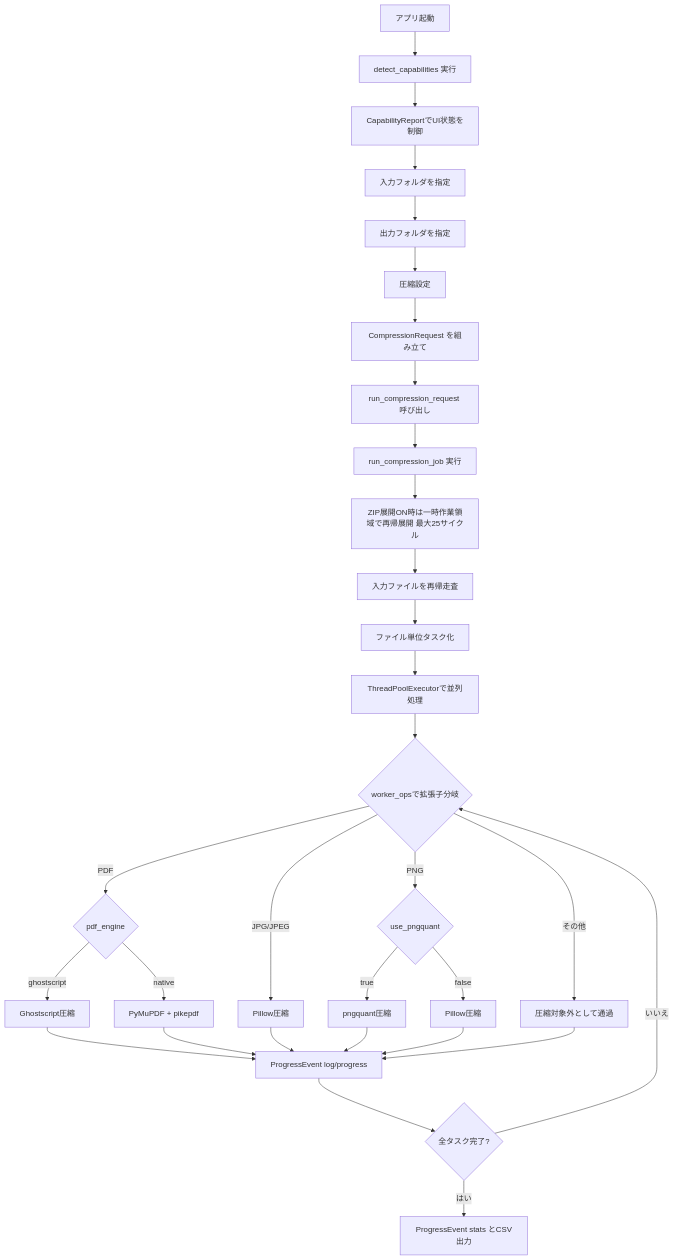
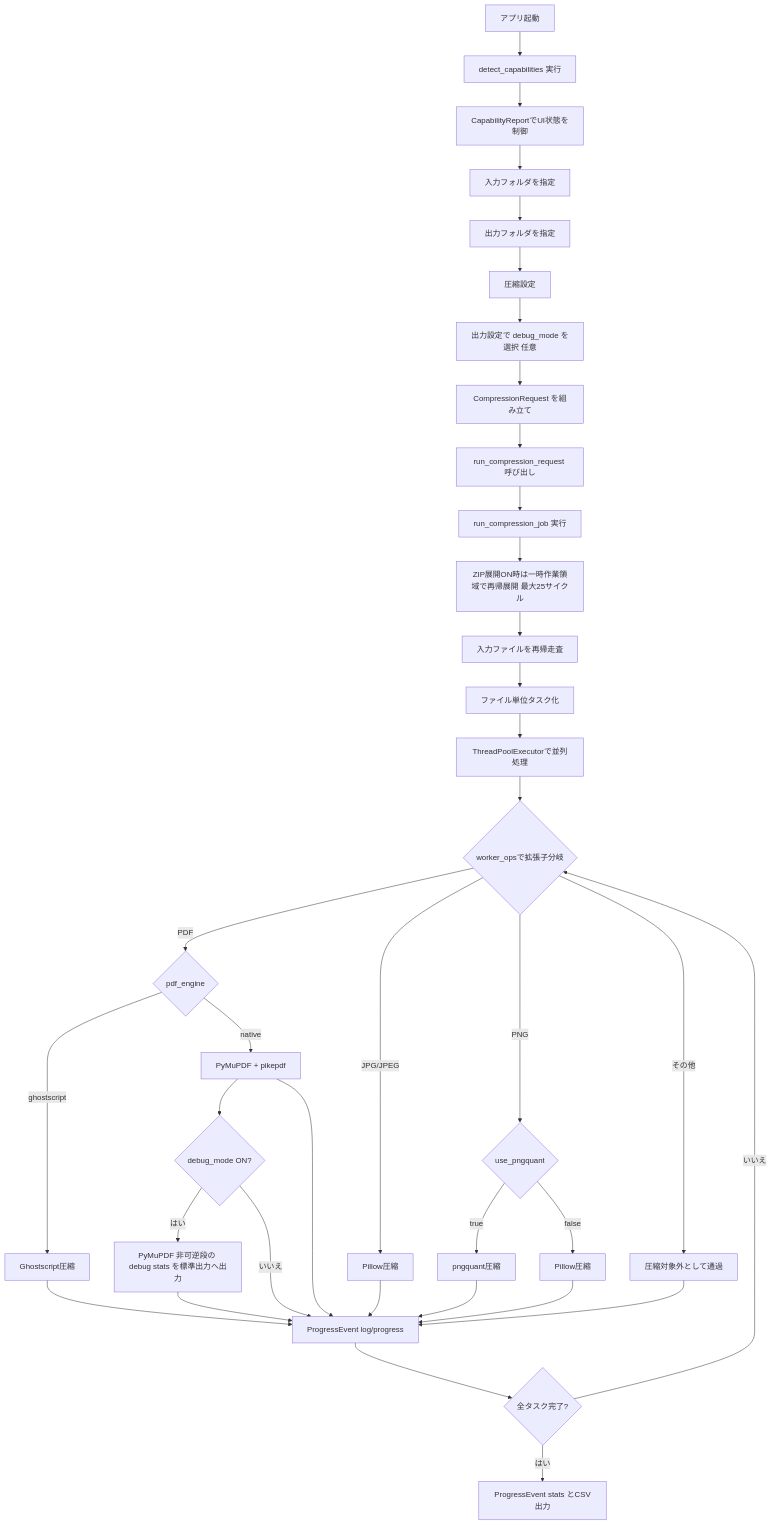
One commit to sho-kawasaki-dd/pjp_compressor_v2 changed the first of 3 diagrams in Documentation/flow_sequence_and_class_diagrams.md. Above: the diagram before and after it, drawn with Mermaid. The commit also changed other lines of this file and 26 other files, not shown here.

````diff
--- a/Documentation/flow_sequence_and_class_diagrams.md
+++ b/Documentation/flow_sequence_and_class_diagrams.md
@@ -10,33 +10,38 @@
 ```mermaid
 flowchart TD
     A[アプリ起動] --> A1[detect_capabilities 実行]
     A1 --> A2[CapabilityReportでUI状態を制御]
     A2 --> B[入力フォルダを指定]
     B --> C[出力フォルダを指定]
     C --> D[圧縮設定]
-    D --> E[CompressionRequest を組み立て]
+    D --> D1[出力設定で debug_mode を選択 任意]
+    D1 --> E[CompressionRequest を組み立て]
     E --> F[run_compression_request 呼び出し]
     F --> G[run_compression_job 実行]
     G --> H[ZIP展開ON時は一時作業領域で再帰展開 最大25サイクル]
     H --> I[入力ファイルを再帰走査]
     I --> J[ファイル単位タスク化]
     J --> K[ThreadPoolExecutorで並列処理]
     K --> L{worker_opsで拡張子分岐}
     L -- PDF --> M{pdf_engine}
     M -- ghostscript --> N[Ghostscript圧縮]
     M -- native --> O[PyMuPDF + pikepdf]
+    O --> O1{debug_mode ON?}
+    O1 -- はい --> O2[PyMuPDF 非可逆段の debug stats を標準出力へ出力]
+    O1 -- いいえ --> U
+    O2 --> U
     L -- JPG/JPEG --> P[Pillow圧縮]
     L -- PNG --> Q{use_pngquant}
     Q -- true --> R[pngquant圧縮]
     Q -- false --> S[Pillow圧縮]
     L -- その他 --> T[圧縮対象外として通過]
     N --> U[ProgressEvent log/progress]
     O --> U
     P --> U
     R --> U
     S --> U
     T --> U
     U --> V{全タスク完了?}
     V -- いいえ --> L
     V -- はい --> W[ProgressEvent stats とCSV出力]
 ```
````
